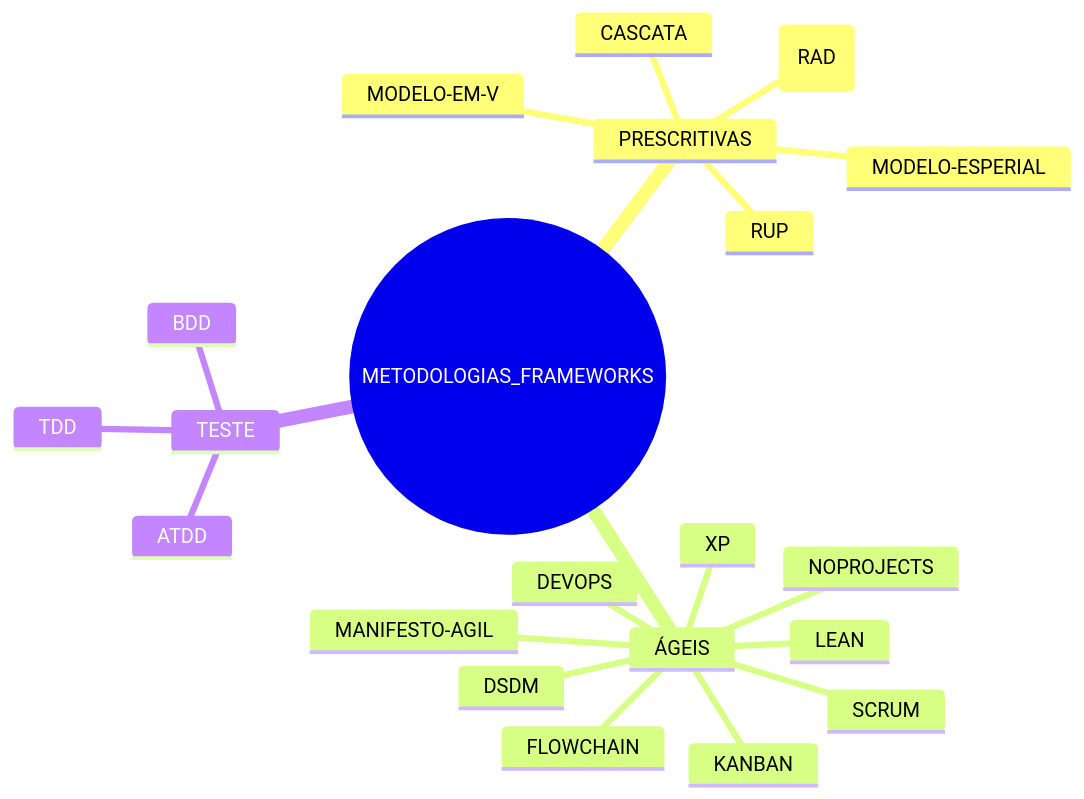
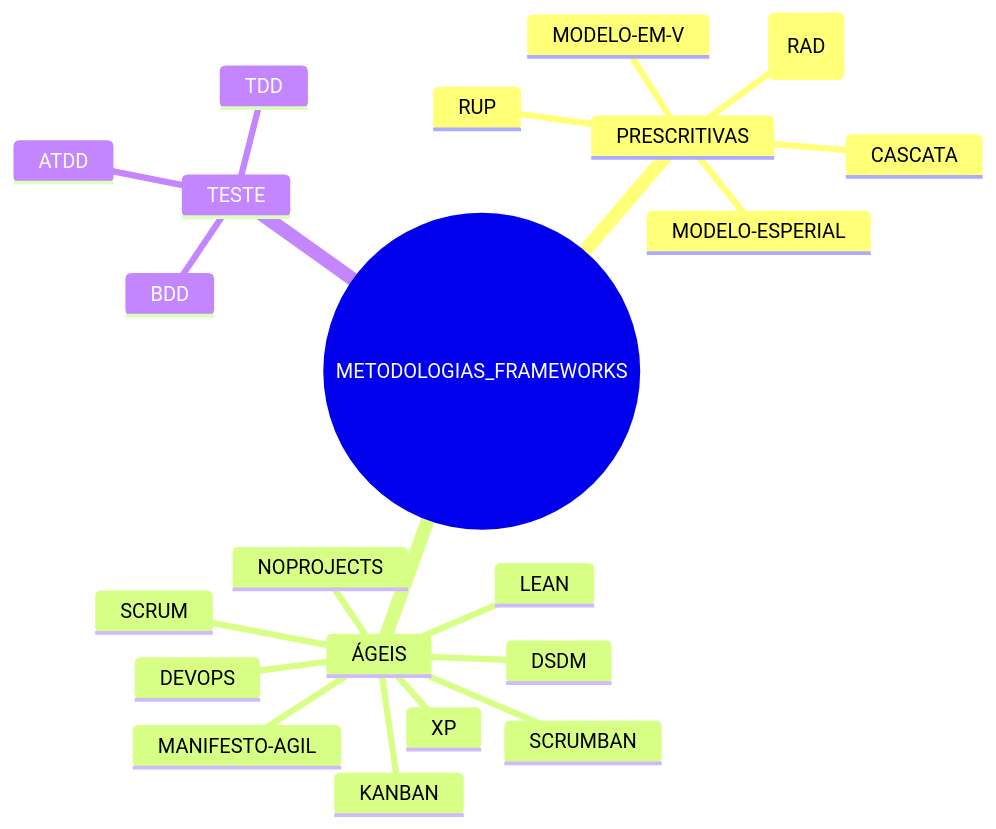
The diagram in docs/recipe_60pportunities_livro_introducao.md (60pportunities/documentacao), drawn with Mermaid before and after one commit. The commit also changed 21 other files, not shown here.

````diff
--- a/docs/recipe_60pportunities_livro_introducao.md
+++ b/docs/recipe_60pportunities_livro_introducao.md
@@ -17,44 +17,44 @@
 ```mermaid
 mindmap
   root((METODOLOGIAS_FRAMEWORKS))
     PRESCRITIVAS
       ::icon(fa-solid fa-map)
       CASCATA
       ::icon(fa-solid fa-water)
       MODELO-EM-V
       ::icon(fa-solid fa-tornado)
       MODELO-ESPERIAL
       ::icon(fa-solid fa-staff-snake)
       RAPID-APPLICATIONS(RAD)
       ::icon(fa-solid fa-person-walking)
       RUP
       ::icon(fa-solid fa-layer-group)
     ÁGEIS
       ::icon(fa-solid fa-map)
       SCRUM
       ::icon(fa-solid fa-football)
       DSDM
       ::icon(fa-solid fa-football)
       XP
       ::icon(fa-solid fa-road)
       KANBAN
       ::icon(fa-solid fa-chess-board)
       MANIFESTO-AGIL
       ::icon(fa-duotone fa-solid fa-people-carry-box)
       LEAN
       ::icon(fa-solid fa-pallet)
       DEVOPS
       ::icon(fa-brands fa-dev)
       NOPROJECTS
       ::icon(fa-solid fa-fire-burner)
-      FLOWCHAIN
+      SCRUMBAN
       ::icon(fa-solid fa-recycle)
     TESTE
       ::icon(fa-solid fa-masks-theater)
       TDD
       ::icon(fa-solid fa-road-barrier)
       BDD
       ::icon(fa-solid fa-road-spikes)
       ATDD
       ::icon(fa-solid fa-users) 
 ```
````
